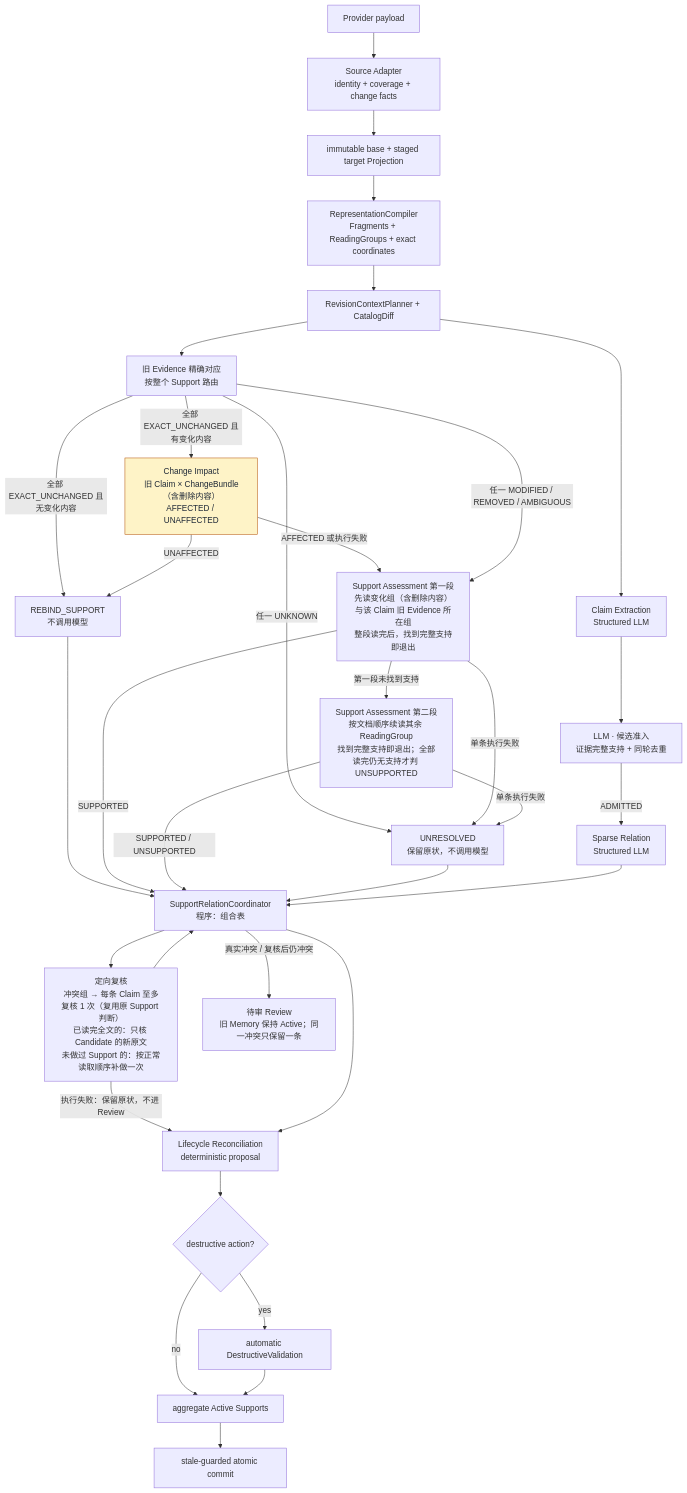
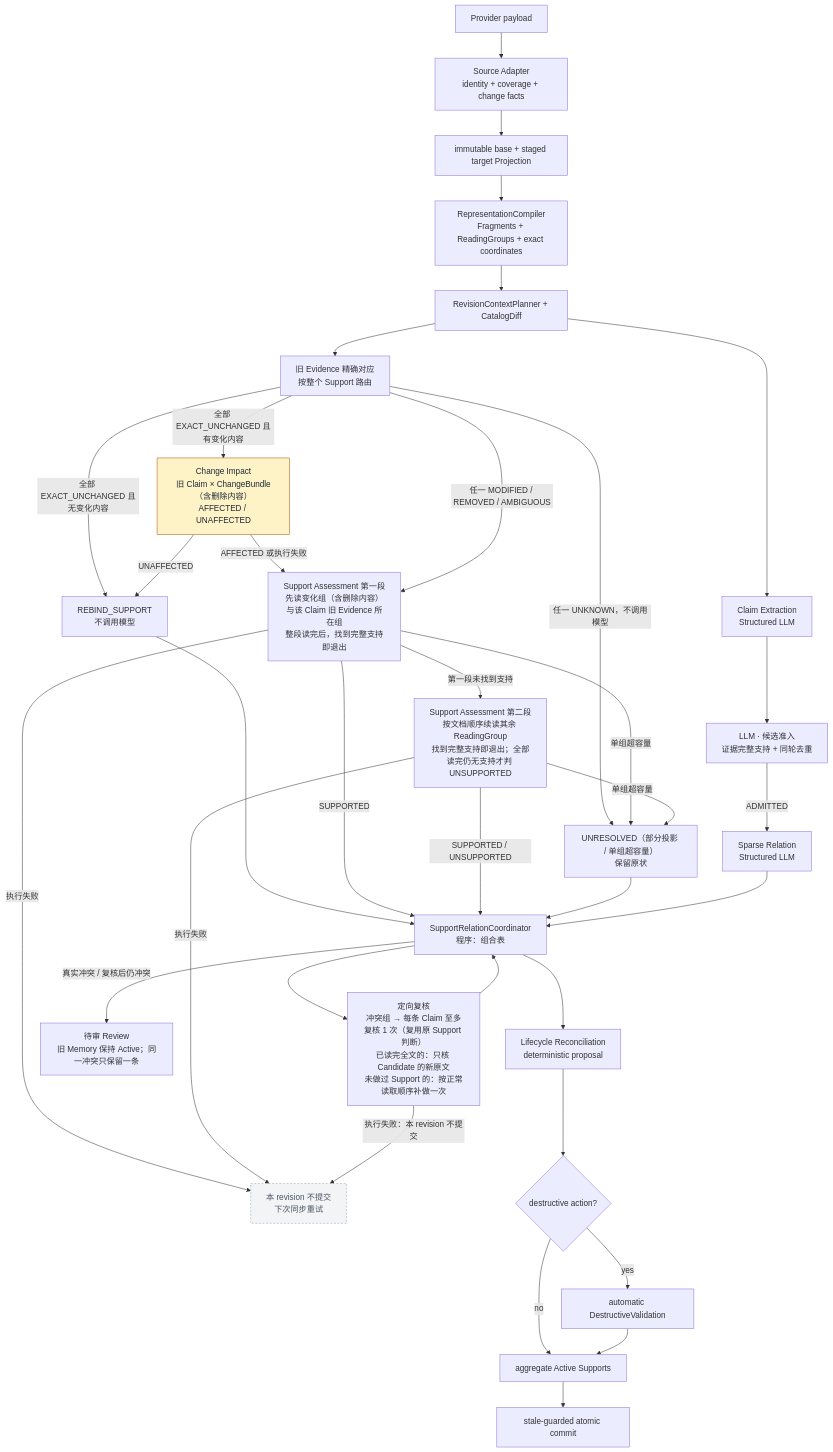
Before and after one commit to shno-labs/mem-forge: the first of 2 diagrams in docs/design/source-sync-to-memory.md, drawn with Mermaid. The commit also changed other lines of this file and 6 other files, not shown here.

````diff
--- a/docs/design/source-sync-to-memory.md
+++ b/docs/design/source-sync-to-memory.md
@@ -31,57 +31,62 @@
 ```mermaid
 flowchart TD
     A[Provider payload] --> B[Source Adapter
 identity + coverage + change facts]
     B --> C[immutable base + staged target Projection]
     C --> R[RepresentationCompiler
 Fragments + ReadingGroups + exact coordinates]
     R --> D[RevisionContextPlanner + CatalogDiff]
     D --> E[Claim Extraction
 Structured LLM]
     E --> G[LLM · 候选准入
 证据完整支持 + 同轮去重]
     G -->|ADMITTED| H[Sparse Relation
 Structured LLM]
     D --> P[旧 Evidence 精确对应
 按整个 Support 路由]
     P -->|全部 EXACT_UNCHANGED 且无变化内容| RB[REBIND_SUPPORT
 不调用模型]
     P -->|全部 EXACT_UNCHANGED 且有变化内容| Y[Change Impact
 旧 Claim × ChangeBundle（含删除内容）
 AFFECTED / UNAFFECTED]
     Y -->|UNAFFECTED| RB
     Y -->|AFFECTED 或执行失败| F1[Support Assessment 第一段
 先读变化组（含删除内容）与该 Claim 旧 Evidence 所在组
 整段读完后，找到完整支持即退出]
     P -->|任一 MODIFIED / REMOVED / AMBIGUOUS| F1
     F1 -->|第一段未找到支持| F2[Support Assessment 第二段
 按文档顺序续读其余 ReadingGroup
 找到完整支持即退出；全部读完仍无支持才判 UNSUPPORTED]
-    P -->|任一 UNKNOWN| U[UNRESOLVED
-保留原状，不调用模型]
-    F1 -->|单条执行失败| U
-    F2 -->|单条执行失败| U
+    P -->|任一 UNKNOWN，不调用模型| U[UNRESOLVED（部分投影 / 单组超容量）
+保留原状]
+    F1 -->|单组超容量| U
+    F2 -->|单组超容量| U
+    F1 -->|执行失败| XF[本 revision 不提交
+下次同步重试]
+    F2 -->|执行失败| XF
     RB --> CO[SupportRelationCoordinator
 程序：组合表]
     F1 -->|SUPPORTED| CO
     F2 -->|SUPPORTED / UNSUPPORTED| CO
     U --> CO
     H --> CO
     CO --> RC[定向复核
 冲突组 → 每条 Claim 至多复核 1 次（复用原 Support 判断）
 已读完全文的：只核 Candidate 的新原文
 未做过 Support 的：按正常读取顺序补做一次]
     RC --> CO
-    RC -->|执行失败：保留原状，不进 Review| I
+    RC -->|执行失败：本 revision 不提交| XF
     CO -->|真实冲突 / 复核后仍冲突| RV[待审 Review
 旧 Memory 保持 Active；同一冲突只保留一条]
     CO --> I[Lifecycle Reconciliation
 deterministic proposal]
     I --> J{destructive action?}
     J -- no --> L[aggregate Active Supports]
     J -- yes --> K[automatic DestructiveValidation]
     K --> L
     L --> M[stale-guarded atomic commit]
     classDef classifier fill:#fef3c7,stroke:#b45309,color:#1f2937
     class Y classifier
+    classDef failnote fill:#f3f4f6,stroke:#9ca3af,stroke-dasharray:4 3,color:#4b5563
+    class XF failnote
 ```
````
